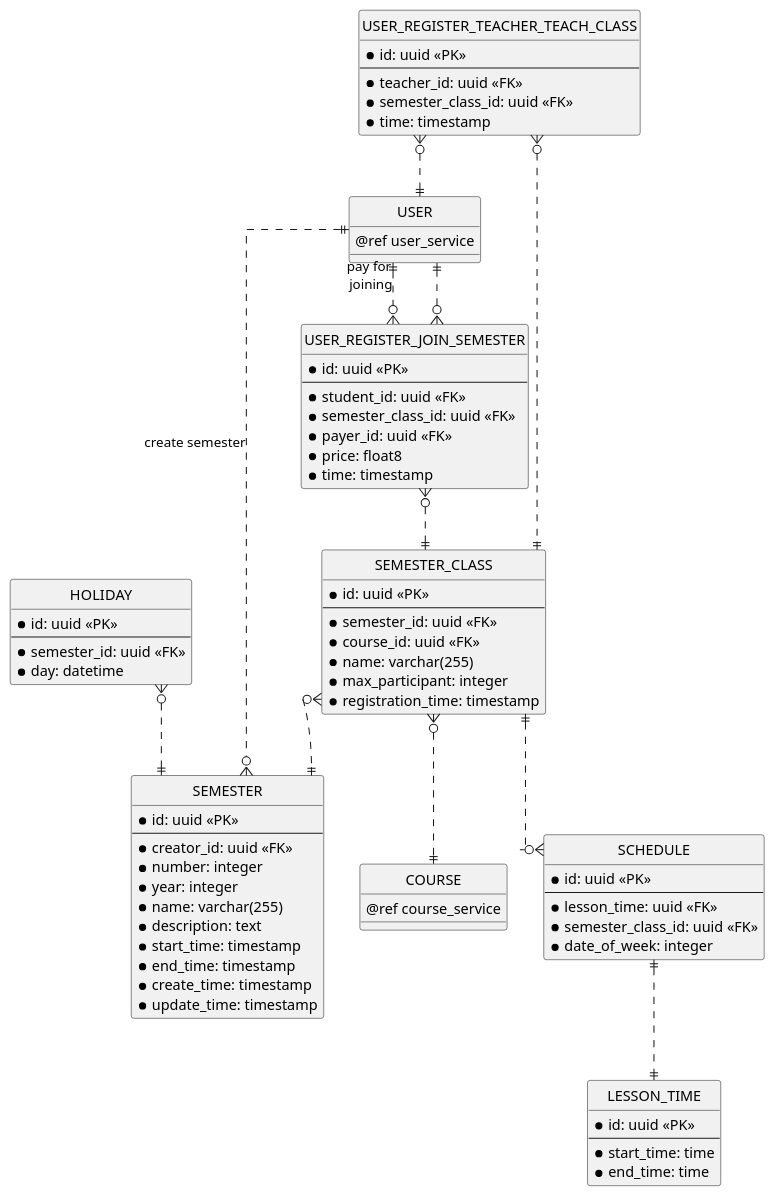
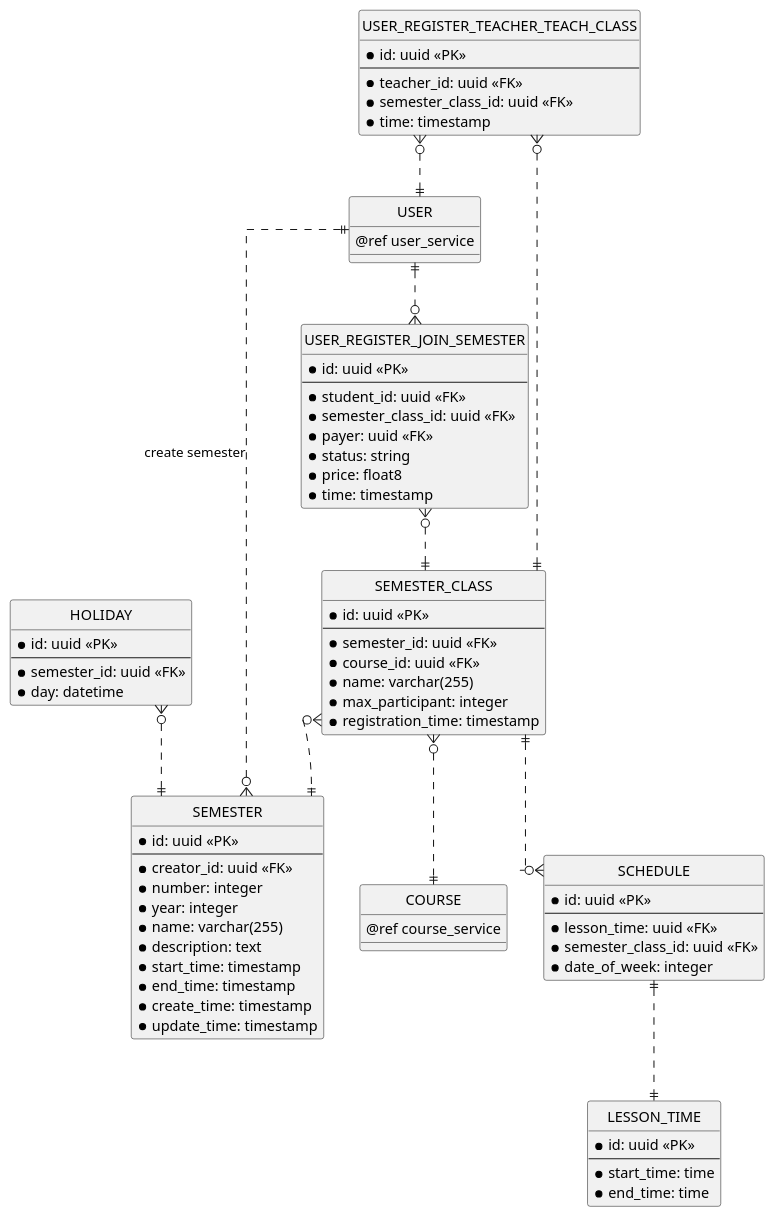
One commit to chungnguyenbkcse/ERD-USECASE-KIDSDRAWING changed the fifth of 12 diagrams in erd.md. Above: the diagram before and after it, drawn with PlantUML. The commit also changed 3 other files, not shown here.

```diff
--- a/erd.md
+++ b/erd.md
@@ -324,10 +324,12 @@
     --
     * student_id: uuid <<FK>>
     * semester_class_id: uuid <<FK>>
-    * payer_id: uuid <<FK>>
+    * payer: uuid <<FK>>
+    *status: string
     * price: float8
     * time: timestamp
 }
+
 
 entity "USER_REGISTER_TEACHER_TEACH_CLASS" as user_register_teach_class {
     * id: uuid <<PK>>
@@ -339,11 +341,10 @@
 
 ' Semester Relationship
 
-user ||..o{ user_register_join_class: pay for\n joining
+user ||..o{ user_register_join_class
 user ||..o{ semester_creation: create semester
 user_register_teach_class }o..|| user
 user_register_teach_class }o..|| semester_class
-user_register_join_class }o..|| user
 user_register_join_class }o..|| semester_class
 semester_class }o..|| course
 semester_class }o..|| semester_creation
```
